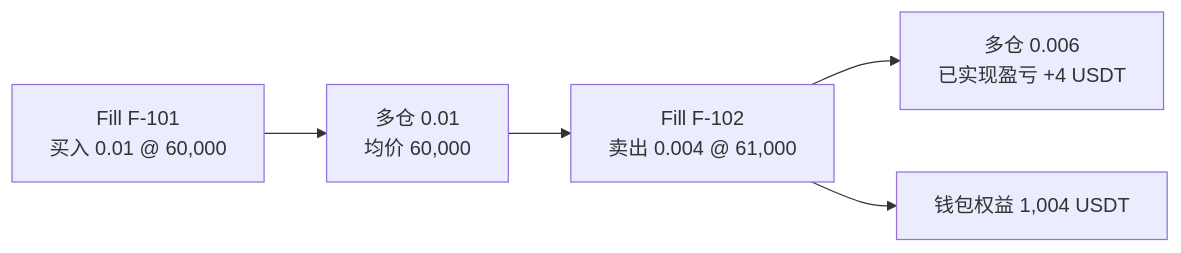
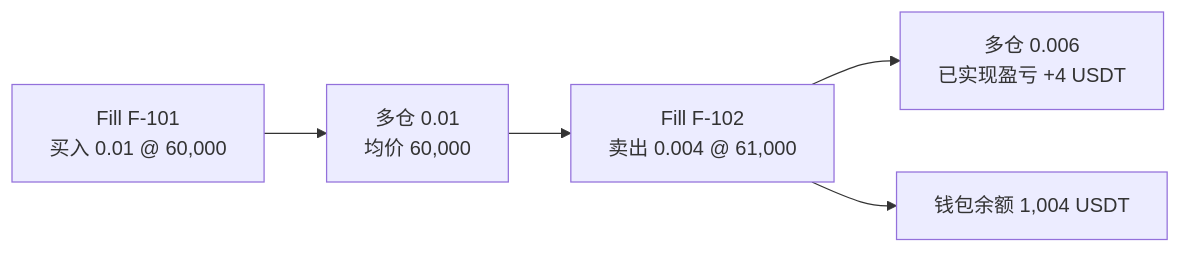
Before and after one commit to xiaoheng008/futures: the second of 2 diagrams in content/book/ch04-ledger-position/_index.md, drawn with Mermaid. The commit also changed other lines of this file and 33 other files, not shown here.

````diff
--- a/content/book/ch04-ledger-position/_index.md
+++ b/content/book/ch04-ledger-position/_index.md
@@ -61,7 +63,7 @@
 ```mermaid
 flowchart LR
-  F1[Fill F-101\n买入 0.01 @ 60,000] --> P1[多仓 0.01\n均价 60,000]
-  P1 --> F2[Fill F-102\n卖出 0.004 @ 61,000]
-  F2 --> P2[多仓 0.006\n已实现盈亏 +4 USDT]
-  F2 --> W[钱包权益 1,004 USDT]
+  F1["Fill F-101<br/>买入 0.01 @ 60,000"] --> P1["多仓 0.01<br/>均价 60,000"]
+  P1 --> F2["Fill F-102<br/>卖出 0.004 @ 61,000"]
+  F2 --> P2["多仓 0.006<br/>已实现盈亏 +4 USDT"]
+  F2 --> W["钱包余额 1,004 USDT"]
 ```
````
